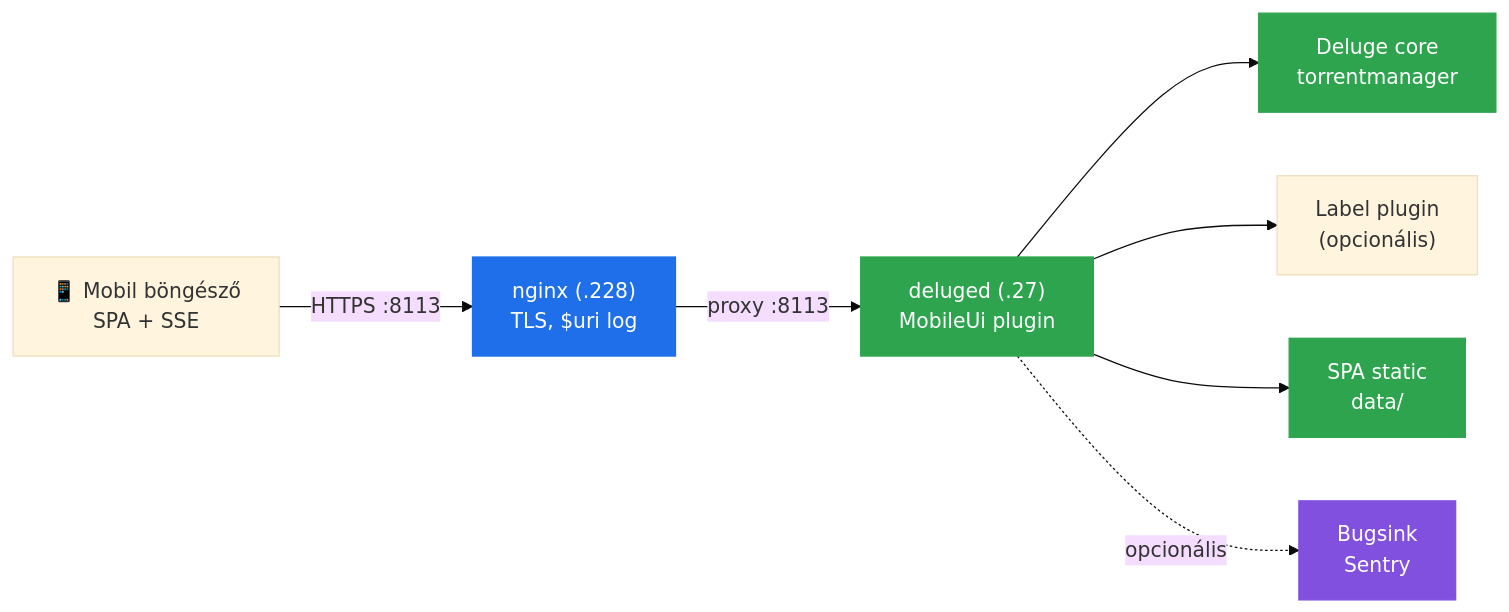
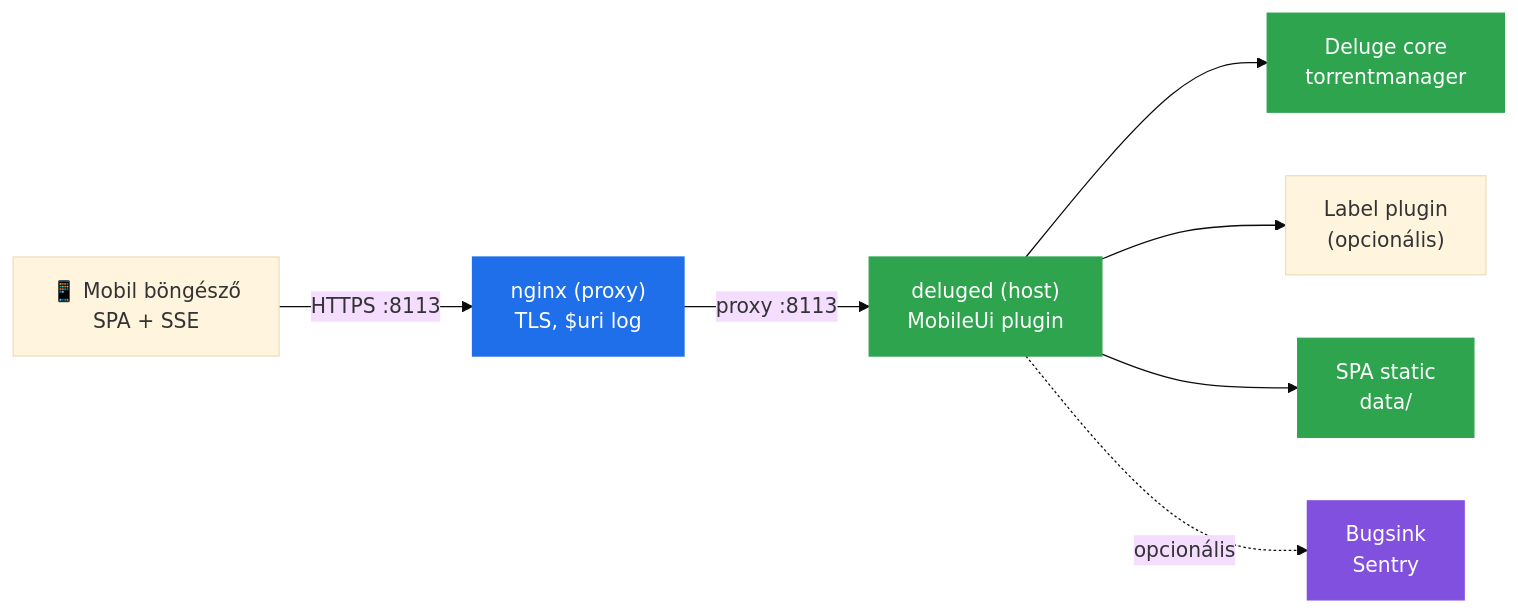
One commit to gabordeli/mobileui changed the diagram in README.md. Above: the diagram before and after it, drawn with Mermaid (base theme). The commit also changed other lines of this file and 6 other files, not shown here.

````diff
--- a/README.md
+++ b/README.md
@@ -85,15 +84,15 @@
 ```mermaid
 flowchart LR
-    B["📱 Mobil böngésző<br/>SPA + SSE"] -->|"HTTPS :8113"| N["nginx (.228)<br/>TLS, $uri log"]
-    N -->|"proxy :8113"| P["deluged (.27)<br/>MobileUi plugin"]
+    B["📱 Mobil böngésző<br/>SPA + SSE"] -->|"HTTPS :8113"| N["nginx (proxy)<br/>TLS, $uri log"]
+    N -->|"proxy :8113"| P["deluged (host)<br/>MobileUi plugin"]
     P --> C["Deluge core<br/>torrentmanager"]
     P --> L["Label plugin<br/>(opcionális)"]
     P --> D["SPA static<br/>data/"]
     P -.->|"opcionális"| S["Bugsink<br/>Sentry"]
     classDef edge fill:#1f6feb,color:#fff,stroke:#1f6feb
     classDef core fill:#2ea44f,color:#fff,stroke:#2ea44f
     classDef ext fill:#8250df,color:#fff,stroke:#8250df
     class N edge
     class P,C,D core
     class S ext
 ```
````
